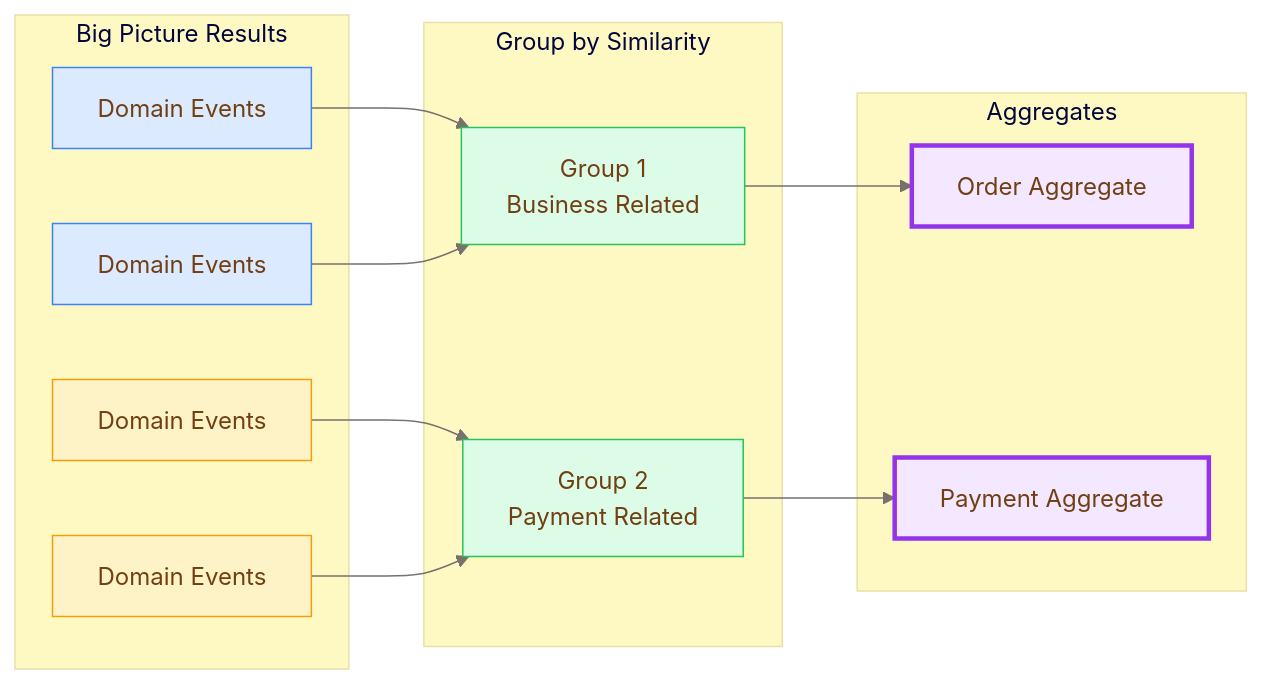
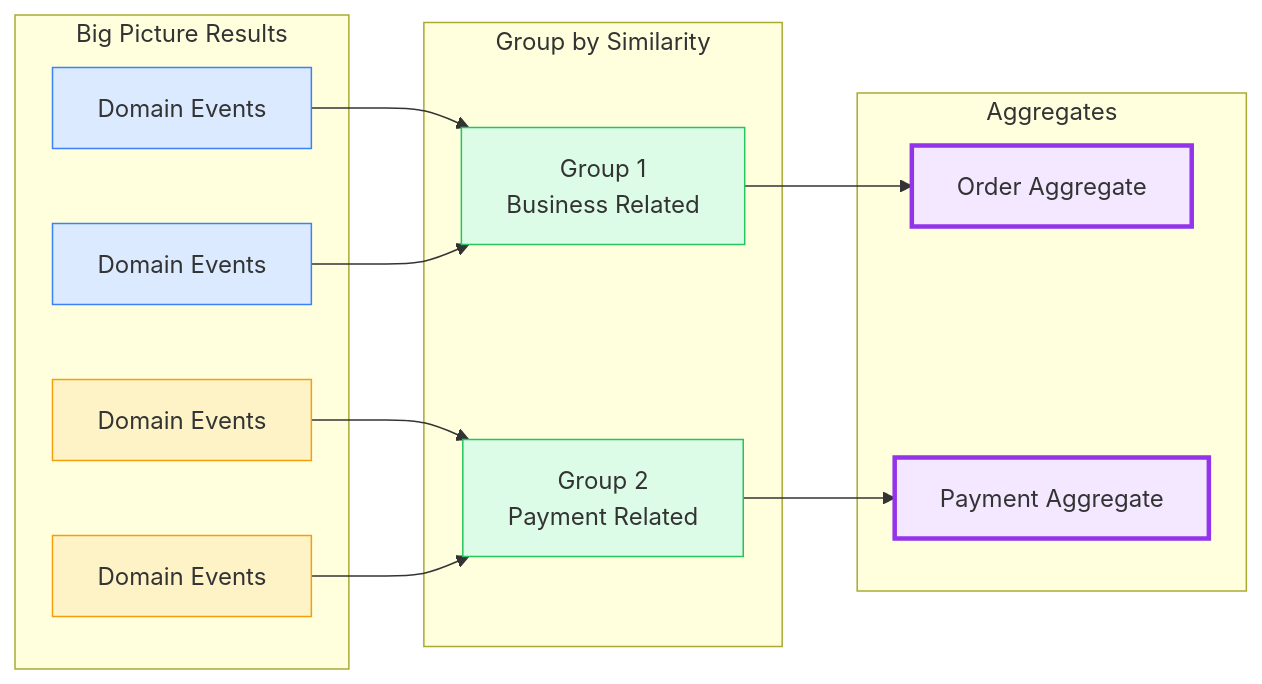
Before and after one commit to jirayusueb/memo-vault: the second of 3 diagrams in 00-INBOX/practical-ddd-design-level-eventstorming.md, drawn with Mermaid. The commit also changed other lines of this file and 2 other files, not shown here.

Commit message:
Remove: Mermaid theme init blocks

````diff
--- a/00-INBOX/practical-ddd-design-level-eventstorming.md
+++ b/00-INBOX/practical-ddd-design-level-eventstorming.md
@@ -49,48 +38,37 @@
 ```mermaid
-%%{init: {
-  'theme': 'base',
-  'themeVariables': {
-    'primaryColor': '#fefce8',
-    'primaryTextColor': '#713f12',
-    'primaryBorderColor': '#f59e0b',
-    'lineColor': '#78716c',
-    'secondaryColor': '#fff7ed',
-    'tertiaryColor': '#fef9c3',
-    'background': '#ffffff'
-  }
-}}%%
+
 graph LR
     subgraph INPUT["Big Picture Results"]
         E1[Domain Events]
         E2[Domain Events]
         E3[Domain Events]
         E4[Domain Events]
     end
 
     subgraph PROCESS["Group by Similarity"]
         G1[Group 1<br/>Business Related]
         G2[Group 2<br/>Payment Related]
     end
 
     subgraph OUTPUT["Aggregates"]
         A1[Order Aggregate]
         A2[Payment Aggregate]
     end
 
     E1 --> G1
     E2 --> G1
     E3 --> G2
     E4 --> G2
 
     G1 --> A1
     G2 --> A2
 
     style E1 fill:#dbeafe,stroke:#3b82f6
     style E2 fill:#dbeafe,stroke:#3b82f6
     style E3 fill:#fef3c7,stroke:#f59e0b
     style E4 fill:#fef3c7,stroke:#f59e0b
     style G1 fill:#dcfce7,stroke:#22c55e
     style G2 fill:#dcfce7,stroke:#22c55e
     style A1 fill:#f3e8ff,stroke:#9333ea,stroke-width:3px
     style A2 fill:#f3e8ff,stroke:#9333ea,stroke-width:3px
 ```
````
